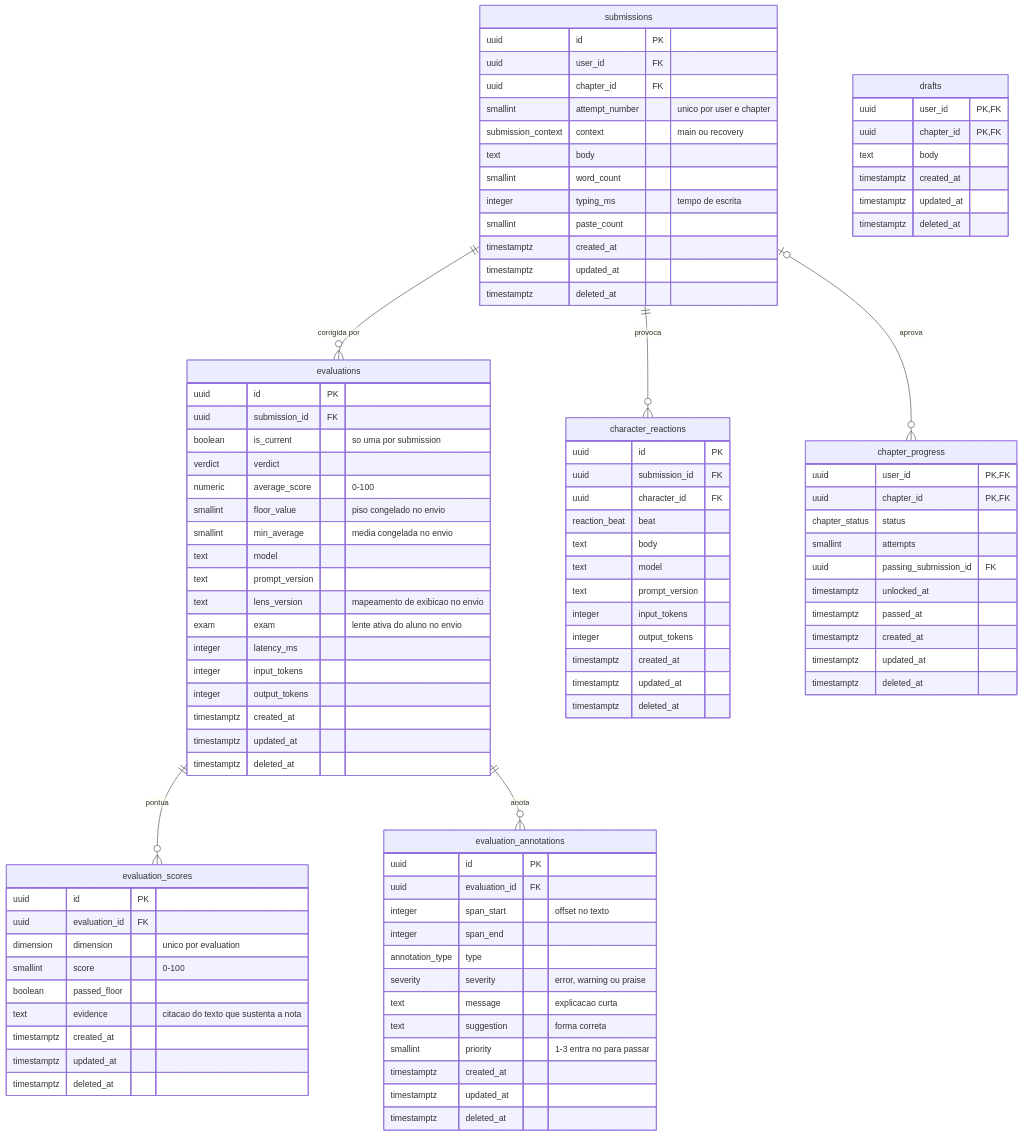
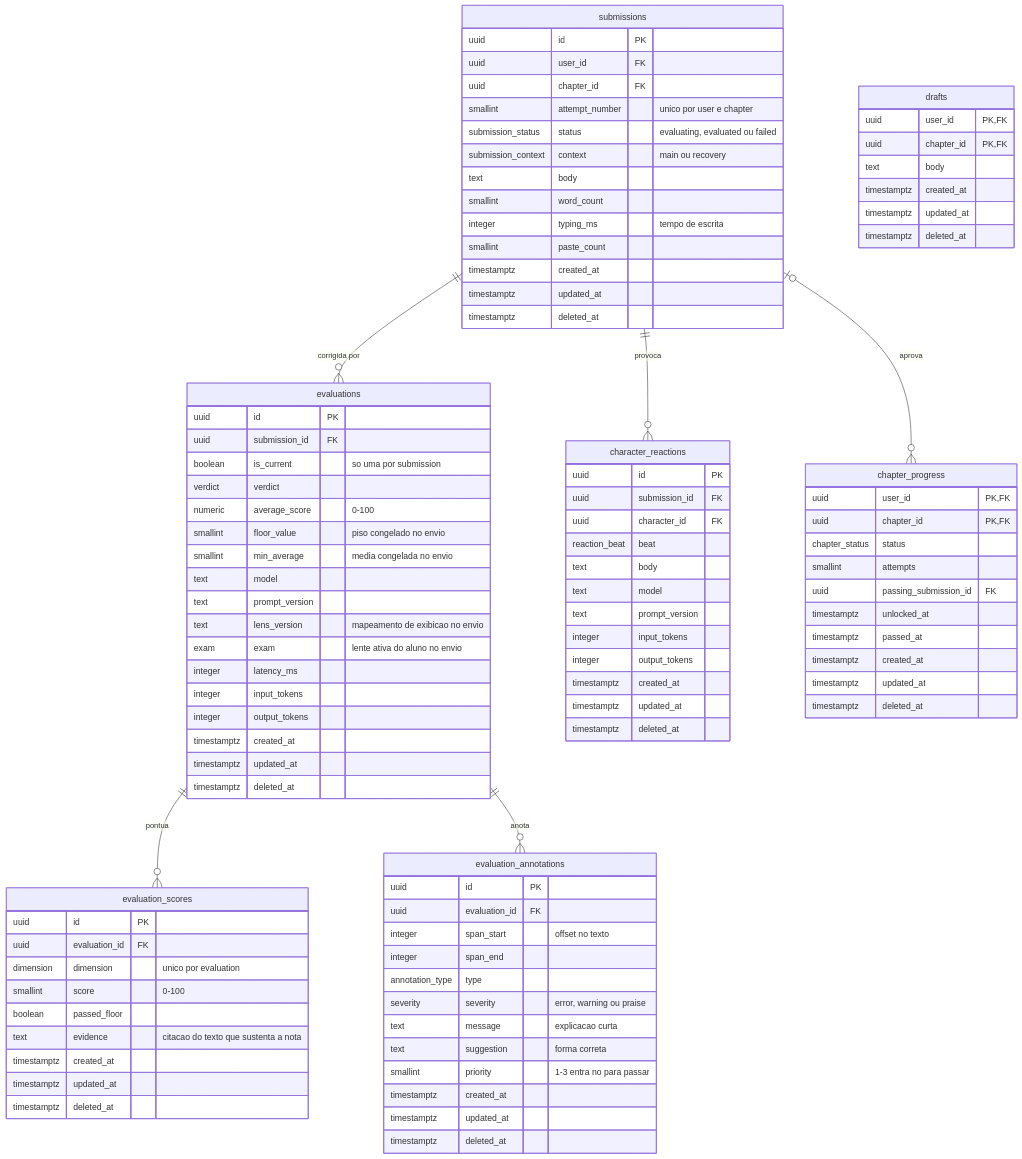
Before and after one commit to kaualimadesouza/argumenta-api: the fourth of 5 diagrams in docs/DER.md, drawn with Mermaid. The commit also changed other lines of this file and 34 other files, not shown here.

```diff
--- a/docs/DER.md
+++ b/docs/DER.md
@@ -270,6 +278,7 @@
     uuid user_id FK
     uuid chapter_id FK
     smallint attempt_number "unico por user e chapter"
+    submission_status status "evaluating, evaluated ou failed"
     submission_context context "main ou recovery"
     text body
     smallint word_count
```
